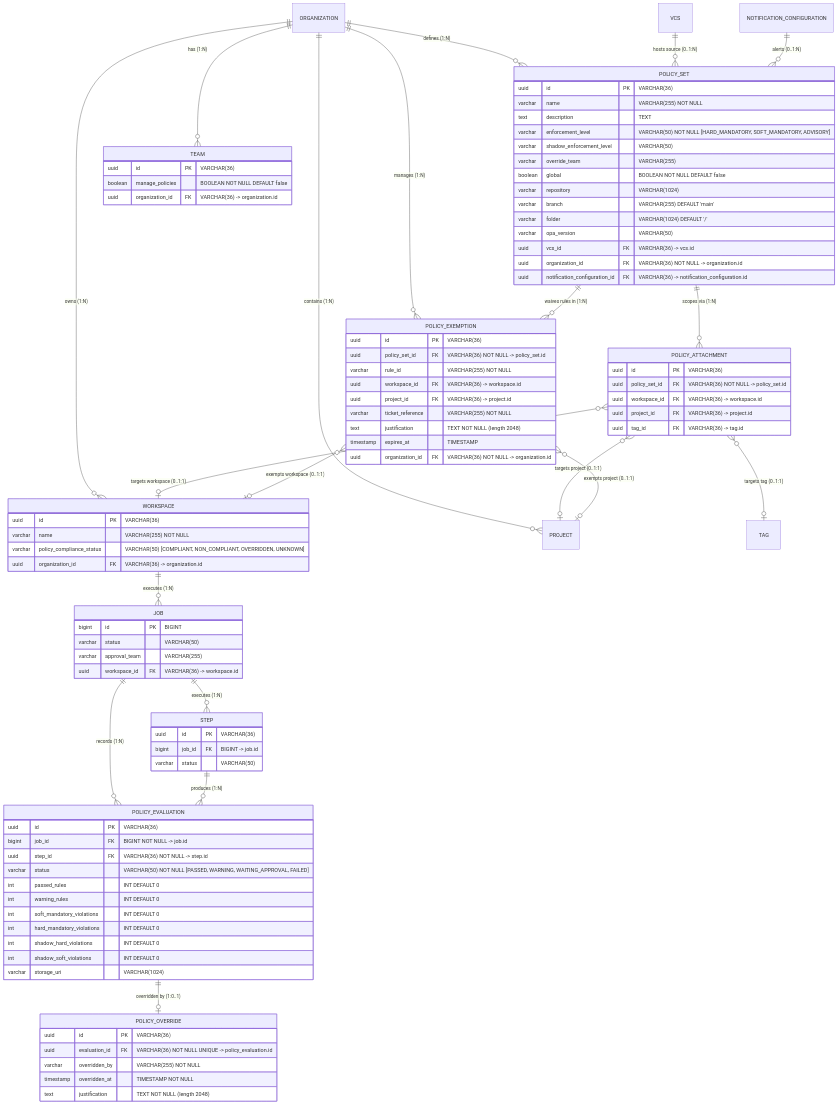
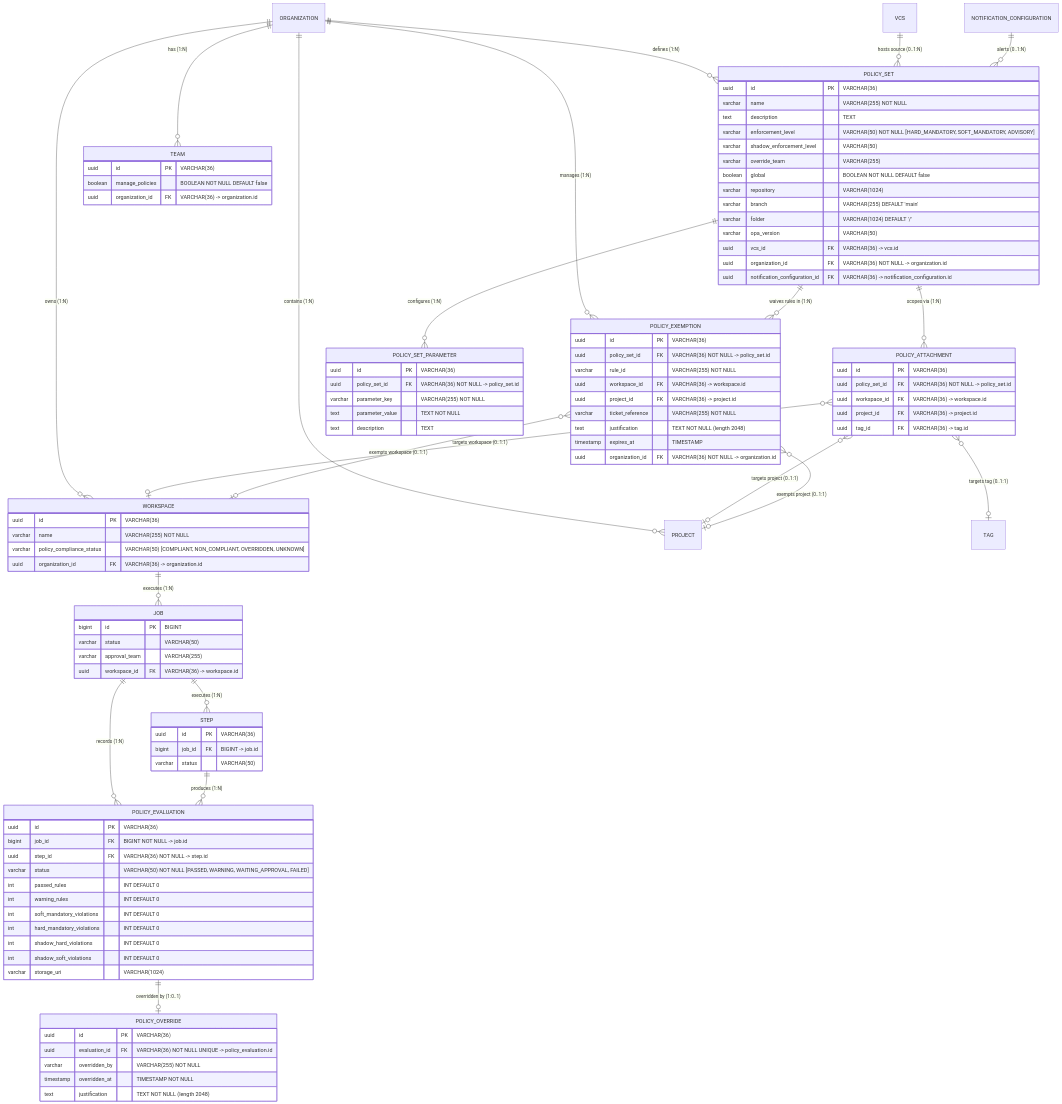
The second of 5 diagrams in skills/terrakube-opa-policy-governance/SKILL.md (terrakube-io/.agents), drawn with Mermaid before and after one commit. The commit also changed other lines of this file, not shown here.

Commit message:
docs: document PolicySetParameter entity and parameter ingestion for OPA policy governance

```diff
--- a/skills/terrakube-opa-policy-governance/SKILL.md
+++ b/skills/terrakube-opa-policy-governance/SKILL.md
@@ -69,6 +69,7 @@
 
     POLICY_SET ||--o{ POLICY_ATTACHMENT : "scopes via (1:N)"
     POLICY_SET ||--o{ POLICY_EXEMPTION : "waives rules in (1:N)"
+    POLICY_SET ||--o{ POLICY_SET_PARAMETER : "configures (1:N)"
 
     POLICY_ATTACHMENT }o--o| WORKSPACE : "targets workspace (0..1:1)"
     POLICY_ATTACHMENT }o--o| PROJECT : "targets project (0..1:1)"
@@ -99,6 +100,14 @@
         uuid vcs_id FK "VARCHAR(36) -> vcs.id"
         uuid organization_id FK "VARCHAR(36) NOT NULL -> organization.id"
         uuid notification_configuration_id FK "VARCHAR(36) -> notification_configuration.id"
+    }
+
+    POLICY_SET_PARAMETER {
+        uuid id PK "VARCHAR(36)"
+        uuid policy_set_id FK "VARCHAR(36) NOT NULL -> policy_set.id"
+        varchar parameter_key "VARCHAR(255) NOT NULL"
+        text parameter_value "TEXT NOT NULL"
+        text description "TEXT"
     }
 
     POLICY_ATTACHMENT {
```
